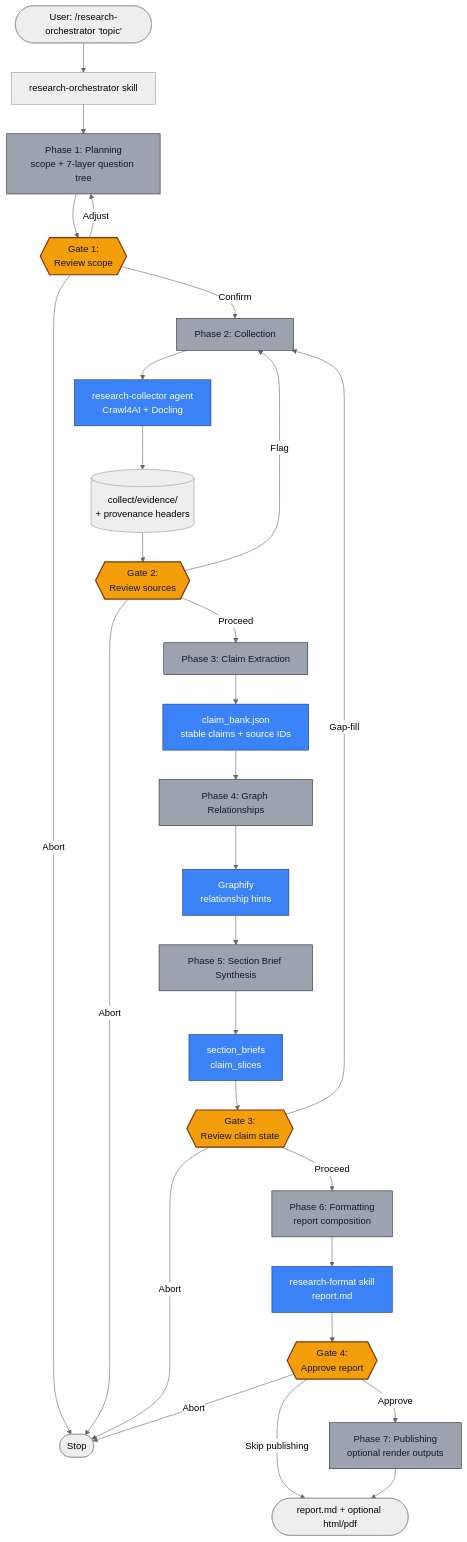
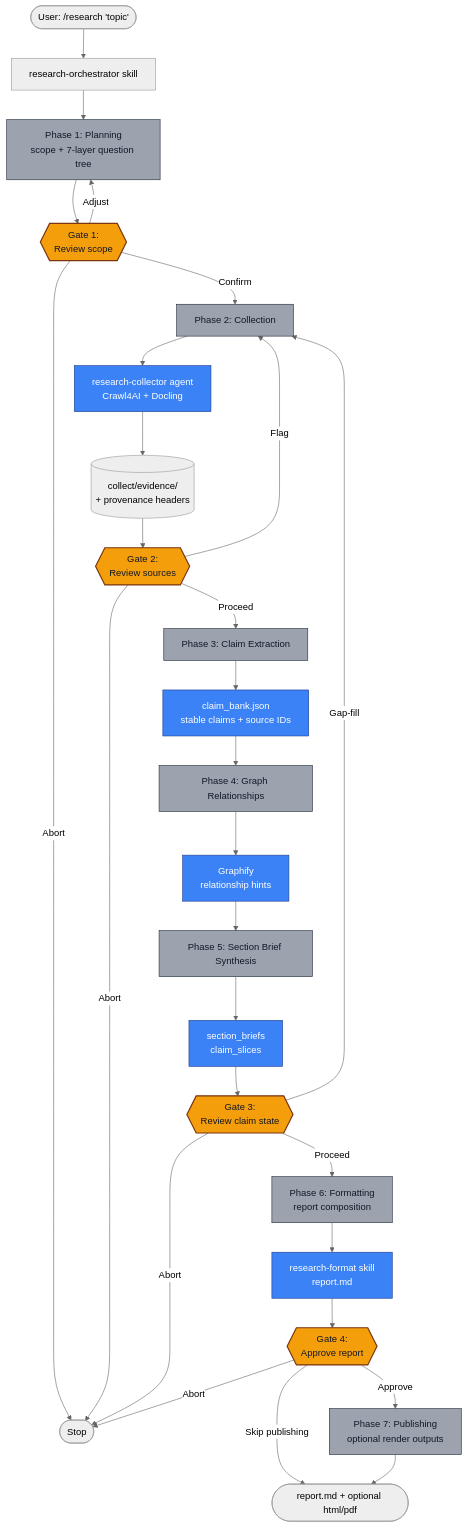
The diagram in README.md (TorpedoD/claude-researcher), drawn with Mermaid (neutral theme) before and after one commit. The commit also changed other lines of this file and 5 other files, not shown here.

````diff
--- a/README.md
+++ b/README.md
@@ -141,43 +143,43 @@
 ```mermaid
 flowchart TD
-    User([User: /research-orchestrator 'topic']) --> Orch[research-orchestrator skill]
+    User([User: /research 'topic']) --> Orch[research-orchestrator skill]
 
     Orch --> P1[Phase 1: Planning<br/>scope + 7-layer question tree]
     P1 --> G1{{Gate 1:<br/>Review scope}}
     G1 -->|Confirm| P2
     G1 -->|Adjust| P1
     G1 -->|Abort| Stop([Stop])
 
     P2[Phase 2: Collection] --> Collector[research-collector agent<br/>Crawl4AI + Docling]
     Collector --> Evidence[(collect/evidence/<br/>+ provenance headers)]
     Evidence --> G2{{Gate 2:<br/>Review sources}}
     G2 -->|Proceed| P3
     G2 -->|Flag| P2
     G2 -->|Abort| Stop
 
     P3[Phase 3: Claim Extraction] --> Claims[claim_bank.json<br/>stable claims + source IDs]
     Claims --> P4
 
     P4[Phase 4: Graph Relationships] --> Graphify[Graphify<br/>relationship hints]
     Graphify --> P5
 
     P5[Phase 5: Section Brief Synthesis] --> Briefs[section_briefs<br/>claim_slices]
     Briefs --> G3{{Gate 3:<br/>Review claim state}}
     G3 -->|Proceed| P6
     G3 -->|Gap-fill| P2
     G3 -->|Abort| Stop
 
     P6[Phase 6: Formatting<br/>report composition] --> Format[research-format skill<br/>report.md]
     Format --> G4{{Gate 4:<br/>Approve report}}
     G4 -->|Approve| P7[Phase 7: Publishing<br/>optional render outputs]
     G4 -->|Skip publishing| Done([report.md])
     G4 -->|Abort| Stop
     P7 --> Done([report.md + optional html/pdf])
 
     classDef gate fill:#f59e0b,stroke:#78350f,stroke-width:2px,color:#111827
     classDef agent fill:#3b82f6,stroke:#1e3a8a,stroke-width:1px,color:#ffffff
     classDef phase fill:#9ca3af,stroke:#1f2937,stroke-width:1px,color:#111827
     class G1,G2,G3,G4 gate
     class Collector,Claims,Graphify,Briefs,Format agent
     class P1,P2,P3,P4,P5,P6,P7 phase
 ```
````
